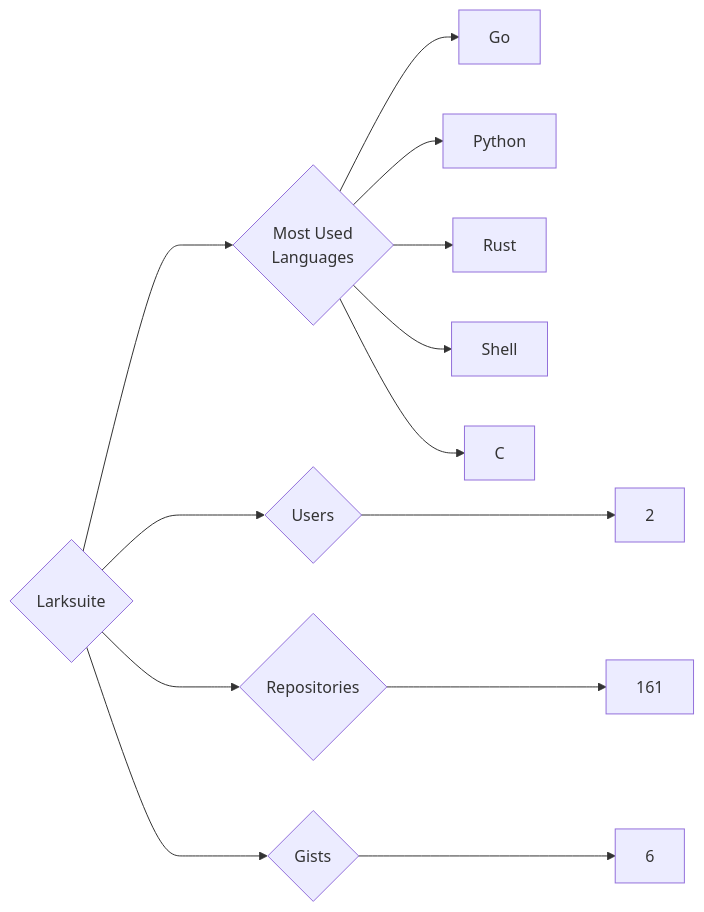
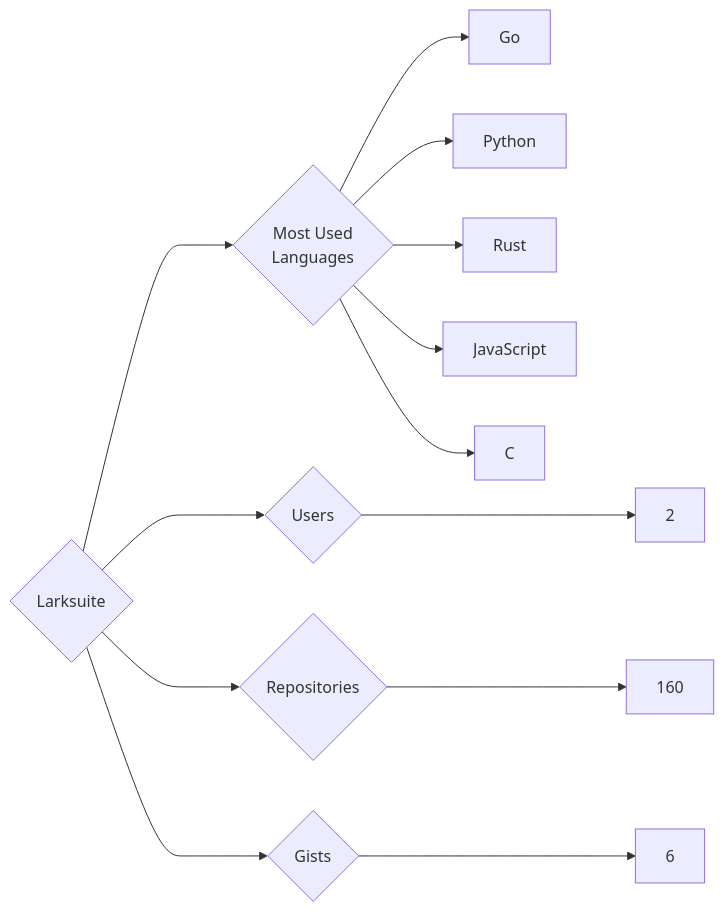
One commit to trickest/insiders changed the diagram in targets/Larksuite/README.md. Above: the diagram before and after it, drawn with Mermaid. The commit also changed 900 other files, not shown here.

````diff
--- a/targets/Larksuite/README.md
+++ b/targets/Larksuite/README.md
@@ -3,13 +3,13 @@
 ```mermaid
 graph LR
 COMPANY_NAME{Larksuite}
 COMPANY_NAME ---> U{Users} ---> UN[2]
-COMPANY_NAME ---> R{Repositories} ---> RN[161]
+COMPANY_NAME ---> R{Repositories} ---> RN[160]
 COMPANY_NAME ---> G{Gists} ---> GN[6]
 COMPANY_NAME ---> ML{Most Used<br>Languages}
 ML --> Go[Go]
 ML --> Python[Python]
 ML --> Rust[Rust]
-ML --> Shell[Shell]
+ML --> JavaScript[JavaScript]
 ML --> C[C]
 ```
````
